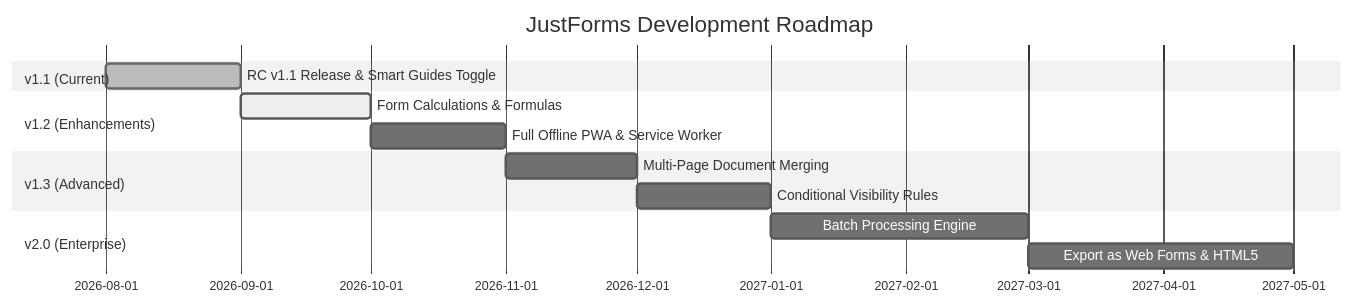
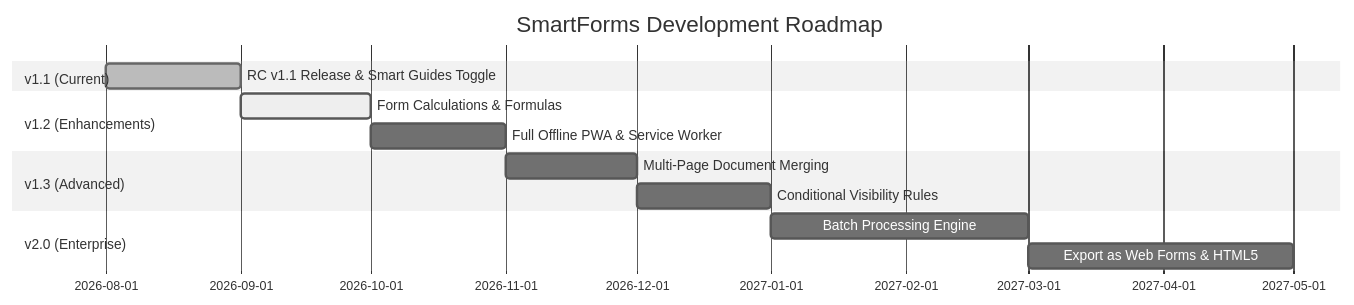
The second of 2 diagrams in docs/ROADMAP.md (dcarreras/smartforms), drawn with Mermaid (neutral theme) before and after one commit. The commit also changed other lines of this file and 45 other files, not shown here.

Commit message:
Rebrand production app as SmartForms

````diff
--- a/docs/ROADMAP.md
+++ b/docs/ROADMAP.md
@@ -26,16 +26,16 @@
 ```mermaid
 gantt
-    title JustForms Development Roadmap
+    title SmartForms Development Roadmap
     dateFormat  YYYY-MM
     section v1.1 (Current)
     RC v1.1 Release & Smart Guides Toggle :done, 2026-08, 2026-09
     section v1.2 (Enhancements)
     Form Calculations & Formulas :active, 2026-09, 2026-10
     Full Offline PWA & Service Worker :2026-10, 2026-11
     section v1.3 (Advanced)
     Multi-Page Document Merging :2026-11, 2026-12
     Conditional Visibility Rules :2026-12, 2027-01
     section v2.0 (Enterprise)
     Batch Processing Engine :2027-01, 2027-03
     Export as Web Forms & HTML5 :2027-03, 2027-05
 ```
````
